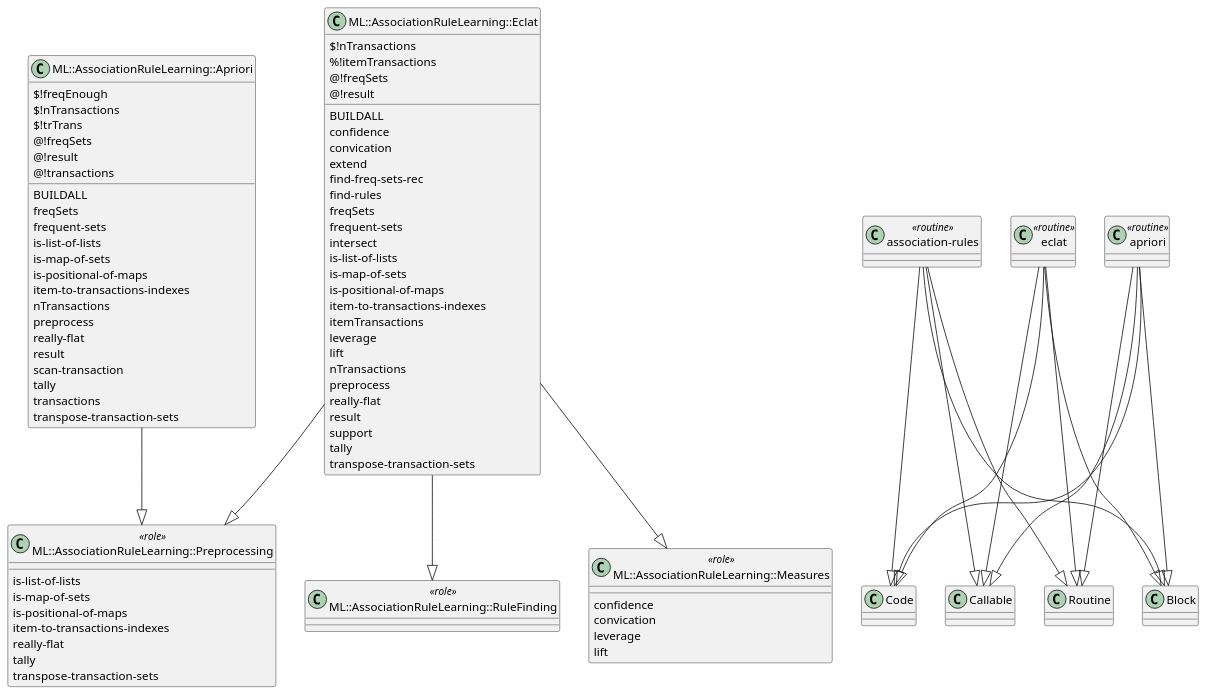
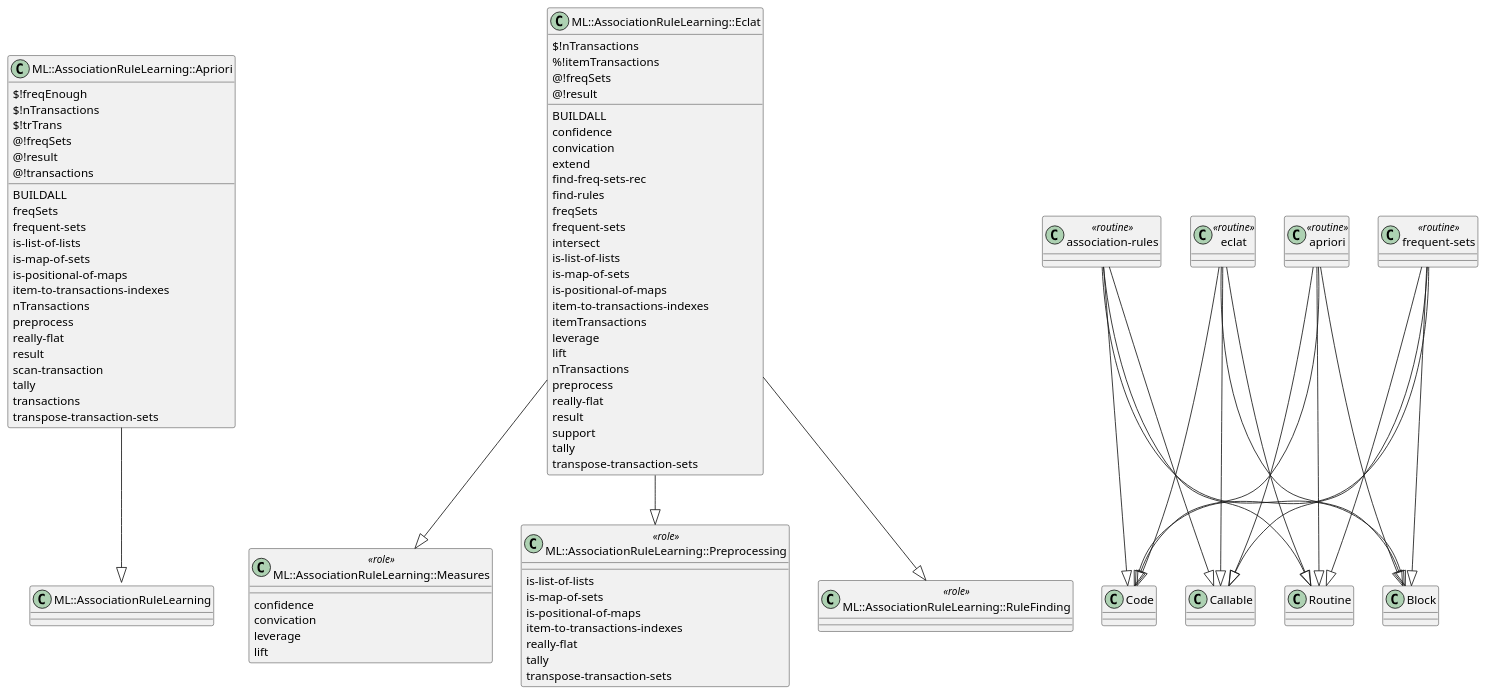
One commit to antononcube/Raku-ML-AssociationRuleLearning changed the diagram in resources/class-diagram.puml. Above: the diagram before and after it, drawn with PlantUML. The commit also changed 1 other file, not shown here.

Commit message:
feat:Update with the function frequent-sets.

```diff
--- a/resources/class-diagram.puml
+++ b/resources/class-diagram.puml
@@ -1,109 +1,117 @@
 @startuml
-class ML::AssociationRuleLearning::Preprocessing <<role>> {
-  {method} is-list-of-lists
-  {method} is-map-of-sets
-  {method} is-positional-of-maps
-  {method} item-to-transactions-indexes
-  {method} really-flat
-  {method} tally
-  {method} transpose-transaction-sets
-}
-
-
-class "association-rules" <<routine>> {
-}
-"association-rules" --|> Routine
-"association-rules" --|> Block
-"association-rules" --|> Code
-"association-rules" --|> Callable
-
-
-class "eclat" <<routine>> {
-}
-"eclat" --|> Routine
-"eclat" --|> Block
-"eclat" --|> Code
-"eclat" --|> Callable
-
-
 class ML::AssociationRuleLearning::Apriori  {
   {field} $!freqEnough
   {field} $!nTransactions
   {field} $!trTrans
   {field} @!freqSets
   {field} @!result
   {field} @!transactions
   {method} BUILDALL
   {method} freqSets
   {method} frequent-sets
   {method} is-list-of-lists
   {method} is-map-of-sets
   {method} is-positional-of-maps
   {method} item-to-transactions-indexes
   {method} nTransactions
   {method} preprocess
   {method} really-flat
   {method} result
   {method} scan-transaction
   {method} tally
   {method} transactions
   {method} transpose-transaction-sets
 }
 ML::AssociationRuleLearning::Apriori --|> ML::AssociationRuleLearning::Preprocessing
 
 
-class ML::AssociationRuleLearning::RuleFinding <<role>> {
-}
-
-
 class ML::AssociationRuleLearning::Measures <<role>> {
   {method} confidence
   {method} convication
   {method} leverage
   {method} lift
+}
+
+
+class "apriori" <<routine>> {
+}
+"apriori" --|> Routine
+"apriori" --|> Block
+"apriori" --|> Code
+"apriori" --|> Callable
+
+
+class "frequent-sets" <<routine>> {
+}
+"frequent-sets" --|> Routine
+"frequent-sets" --|> Block
+"frequent-sets" --|> Code
+"frequent-sets" --|> Callable
+
+
+class "association-rules" <<routine>> {
+}
+"association-rules" --|> Routine
+"association-rules" --|> Block
+"association-rules" --|> Code
+"association-rules" --|> Callable
+
+
+class ML::AssociationRuleLearning::Preprocessing <<role>> {
+  {method} is-list-of-lists
+  {method} is-map-of-sets
+  {method} is-positional-of-maps
+  {method} item-to-transactions-indexes
+  {method} really-flat
+  {method} tally
+  {method} transpose-transaction-sets
+}
+
+
+class "eclat" <<routine>> {
+}
+"eclat" --|> Routine
+"eclat" --|> Block
+"eclat" --|> Code
+"eclat" --|> Callable
+
+
+class ML::AssociationRuleLearning::RuleFinding <<role>> {
 }
 
 
 class ML::AssociationRuleLearning::Eclat  {
   {field} $!nTransactions
   {field} %!itemTransactions
   {field} @!freqSets
   {field} @!result
   {method} BUILDALL
   {method} confidence
   {method} convication
   {method} extend
   {method} find-freq-sets-rec
   {method} find-rules
   {method} freqSets
   {method} frequent-sets
   {method} intersect
   {method} is-list-of-lists
   {method} is-map-of-sets
   {method} is-positional-of-maps
   {method} item-to-transactions-indexes
   {method} itemTransactions
   {method} leverage
   {method} lift
   {method} nTransactions
   {method} preprocess
   {method} really-flat
   {method} result
   {method} support
   {method} tally
   {method} transpose-transaction-sets
 }
 ML::AssociationRuleLearning::Eclat --|> ML::AssociationRuleLearning::Measures
 ML::AssociationRuleLearning::Eclat --|> ML::AssociationRuleLearning::Preprocessing
 ML::AssociationRuleLearning::Eclat --|> ML::AssociationRuleLearning::RuleFinding
 
 
-class "apriori" <<routine>> {
-}
-"apriori" --|> Routine
-"apriori" --|> Block
-"apriori" --|> Code
-"apriori" --|> Callable
-
-
 @enduml
```
